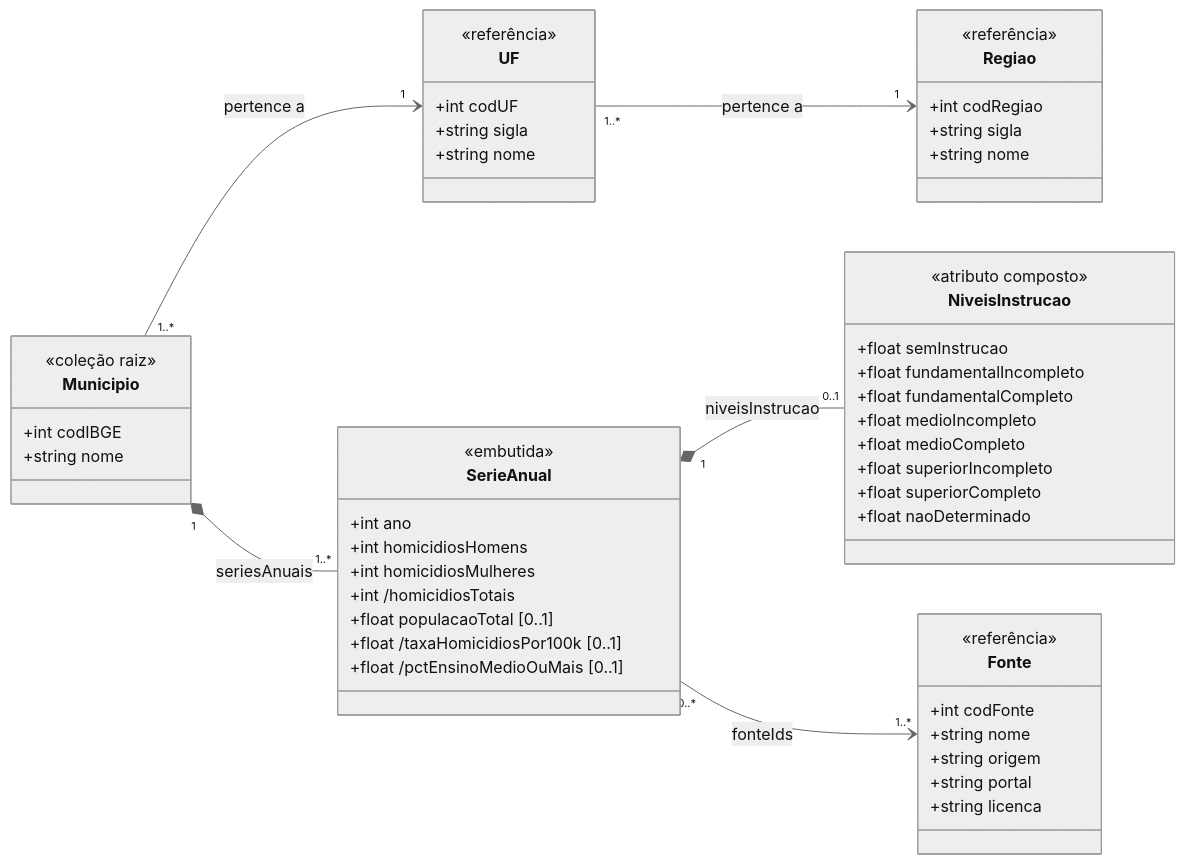
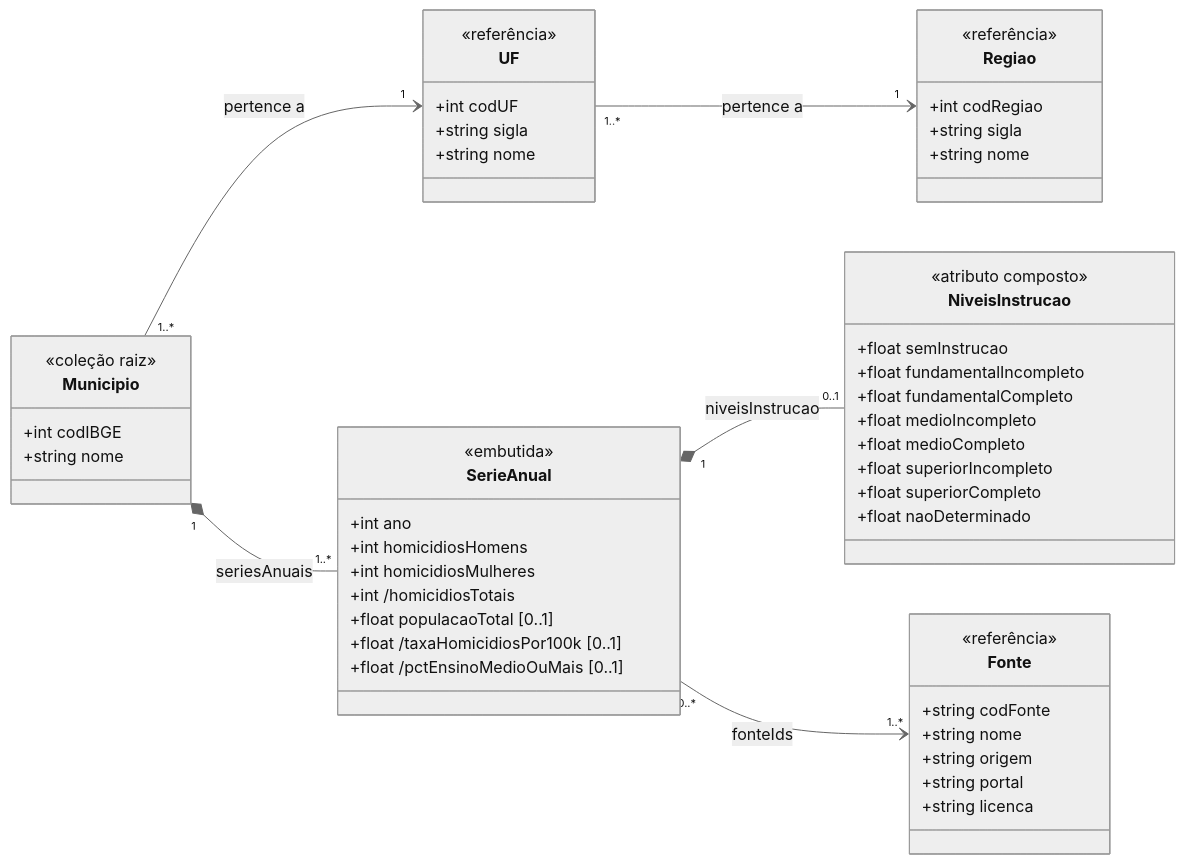
The diagram in README.MD (Caio-Maia/mpti-bd-atlas-violencia), drawn with Mermaid (neutral theme) before and after one commit. The commit also changed other lines of this file and 1 other file, not shown here.

````diff
--- a/README.MD
+++ b/README.MD
@@ -258,62 +258,62 @@
 ```mermaid
 classDiagram
     direction LR
 
     class Regiao {
         <<referência>>
         +int codRegiao
         +string sigla
         +string nome
     }
 
     class UF {
         <<referência>>
         +int codUF
         +string sigla
         +string nome
     }
 
     class Municipio {
         <<coleção raiz>>
         +int codIBGE
         +string nome
     }
 
     class SerieAnual {
         <<embutida>>
         +int ano
         +int homicidiosHomens
         +int homicidiosMulheres
         +int /homicidiosTotais
         +float populacaoTotal [0..1]
         +float /taxaHomicidiosPor100k [0..1]
         +float /pctEnsinoMedioOuMais [0..1]
     }
 
     class NiveisInstrucao {
         <<atributo composto>>
         +float semInstrucao
         +float fundamentalIncompleto
         +float fundamentalCompleto
         +float medioIncompleto
         +float medioCompleto
         +float superiorIncompleto
         +float superiorCompleto
         +float naoDeterminado
     }
 
     class Fonte {
         <<referência>>
-        +int codFonte
+        +string codFonte
         +string nome
         +string origem
         +string portal
         +string licenca
     }
 
     UF "1..*" --> "1" Regiao : pertence a
     Municipio "1..*" --> "1" UF : pertence a
     Municipio "1" *-- "1..*" SerieAnual : seriesAnuais
     SerieAnual "1" *-- "0..1" NiveisInstrucao : niveisInstrucao
     SerieAnual "0..*" --> "1..*" Fonte : fonteIds
 ```
````
